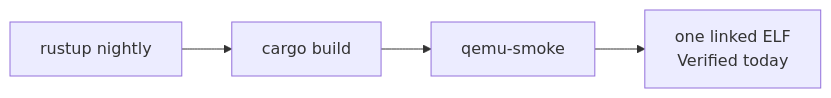
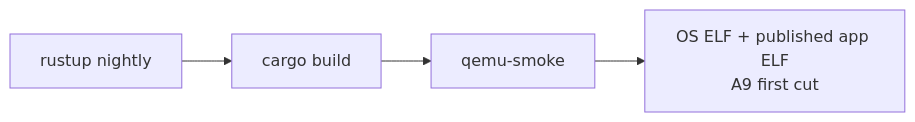
The diagram in docs/overview/porting.md (artofdream/ctos), drawn with Mermaid before and after one commit. The commit also changed other lines of this file and 39 other files, not shown here.

````diff
--- a/docs/overview/porting.md
+++ b/docs/overview/porting.md
@@ -37,5 +37,5 @@
 ```mermaid
 flowchart LR
   R["rustup nightly"] --> C["cargo build"] --> S["qemu-smoke"]
-  S --> E["one linked ELF<br/>Verified today"]
+  S --> E["OS ELF + published app ELF<br/>A9 first cut"]
 ```
````
